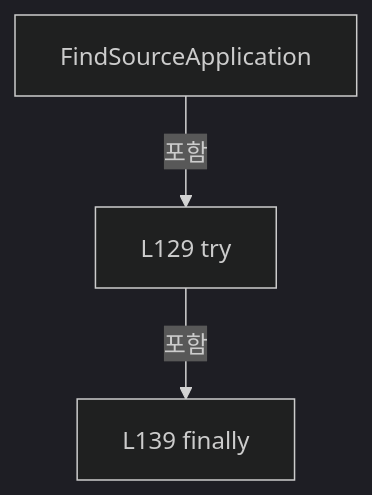
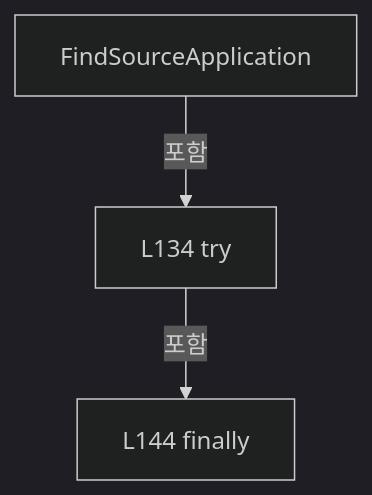
The fourth of 19 diagrams in A3 LD Code Ref/files/Drilling.File/ReviewOffset/CReviewOffsetFile.cs.md (kjuws10-rgb/Shared), drawn with Mermaid (dark theme) before and after one commit. The commit also changed other lines of this file and 2071 other files, not shown here.

Commit message:
docs(a3): update 11.19.0 architecture and code reference

````diff
--- a/A3 LD Code Ref/files/Drilling.File/ReviewOffset/CReviewOffsetFile.cs.md
+++ b/A3 LD Code Ref/files/Drilling.File/ReviewOffset/CReviewOffsetFile.cs.md
@@ -628,8 +647,8 @@
 ```mermaid
 flowchart TD
  M["FindSourceApplication"]
- N0["L129 try"]
+ N0["L134 try"]
  M -->|포함| N0
- N1["L139 finally"]
+ N1["L144 finally"]
  N0 -->|포함| N1
 ```
````
